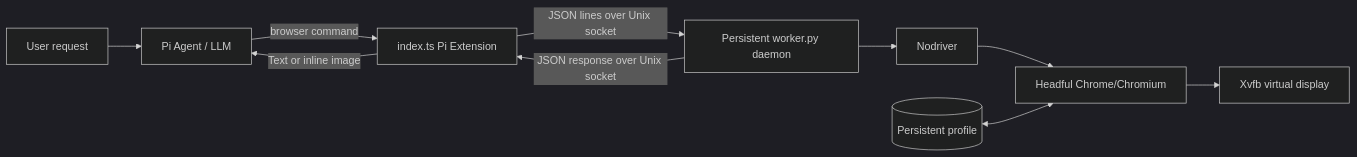
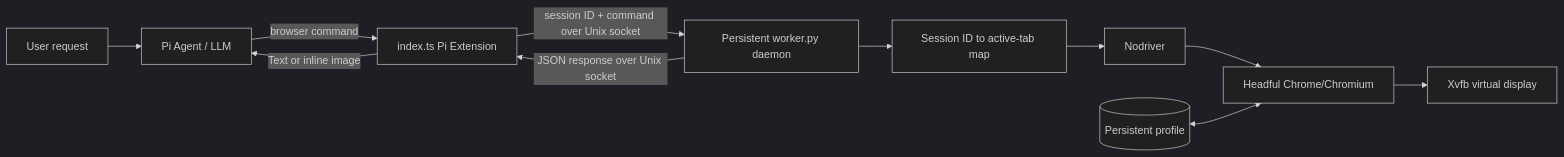
Before and after one commit to AyaSakura-comp/pi-nodriver-browser: the diagram in README.md, drawn with Mermaid (dark theme). The commit also changed other lines of this file and 6 other files, not shown here.

````diff
--- a/README.md
+++ b/README.md
@@ -77,13 +77,14 @@
 ```mermaid
 flowchart LR
     U[User request] --> A[Pi Agent / LLM]
     A -->|browser command| E[index.ts Pi Extension]
-    E -->|JSON lines over Unix socket| W[Persistent worker.py daemon]
-    W --> N[Nodriver]
+    E -->|session ID + command over Unix socket| W[Persistent worker.py daemon]
+    W --> M[Session ID to active-tab map]
+    M --> N[Nodriver]
     N --> C[Headful Chrome/Chromium]
     C --> X[Xvfb virtual display]
     W -->|JSON response over Unix socket| E
     E -->|Text or inline image| A
 
     P[(Persistent profile)] <--> C
 ```
````
